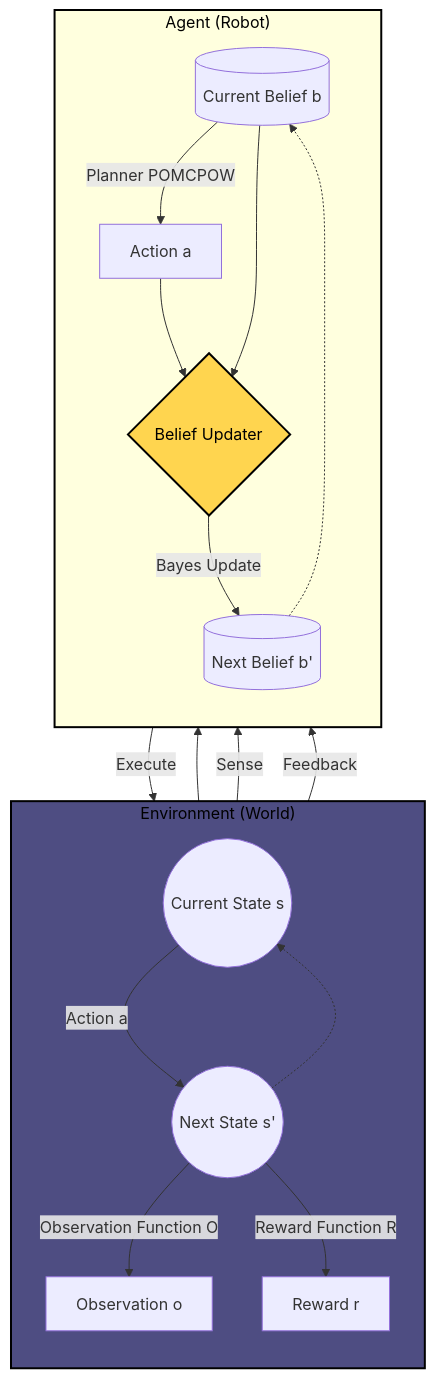
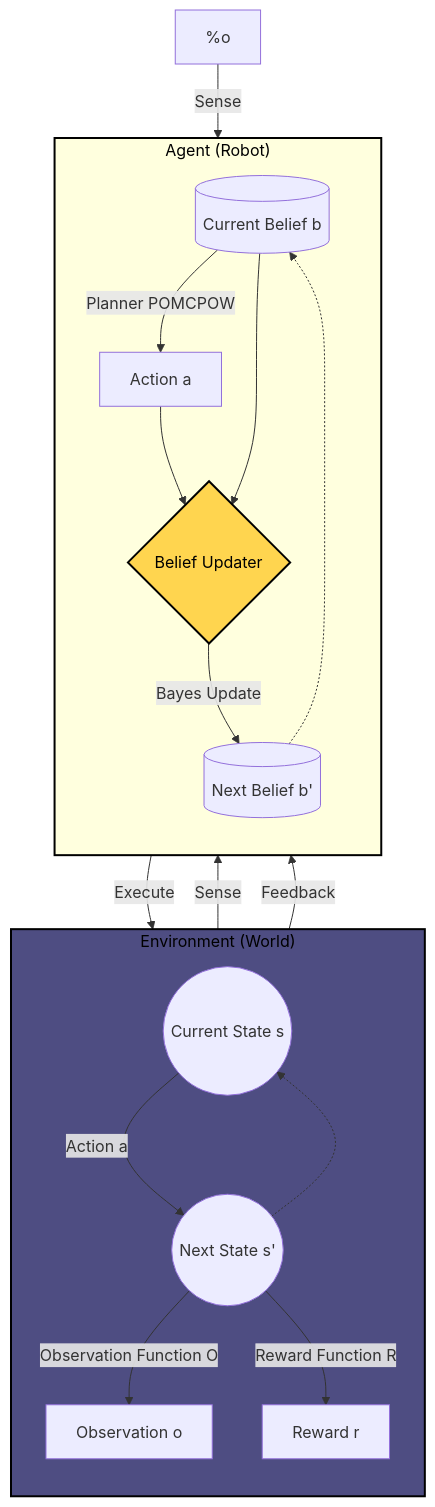
One commit to hoashalarajh/Partially-Observable-Markov-Decision-Process-based-Robot-Decision-Making changed the second of 3 diagrams in README.md. Above: the diagram before and after it, drawn with Mermaid.

Commit message:
Fix Sense connection in Agent diagram

````diff
--- a/README.md
+++ b/README.md
@@ -89,33 +89,33 @@
 ```mermaid
 graph TD
     subgraph Environment ["Environment (World)"]
         direction TB
         s_curr((Current State s)) -->|Action a| s_next((Next State s'))
         s_next -->|Observation Function O| o[Observation o]
         s_next -->|Reward Function R| r[Reward r]
     end
 
     subgraph Agent ["Agent (Robot)"]
         direction TB
         b_curr[(Current Belief b)] -->|Planner POMCPOW| a[Action a]
-        o --> Updater{Belief Updater}
+        o --> |Sense| Updater{Belief Updater}
         a --> Updater
         b_curr --> Updater
         Updater -->|Bayes Update| b_next[(Next Belief b')]
     end
 
     %% Connections between Agent and Environment
     a -->|Execute| s_curr
-    o -->|Sense| Updater
+    %o -->|Sense| Updater
     r -->|Feedback| b_next
 
     %% The Loop Connection
     b_next -.-> b_curr
     s_next -.-> s_curr
 
     %% Styling
     %% I added 'color:black' (text) and 'stroke:black' (border) to Environment
     style Environment fill:#4e4d82,stroke:black,stroke-width:2px,color:black
     style Agent fill:##824d67,stroke:black,stroke-width:2px,color:black
     style Updater fill:#ffd54f,stroke:black,stroke-width:2px,color:black
 ```
````
